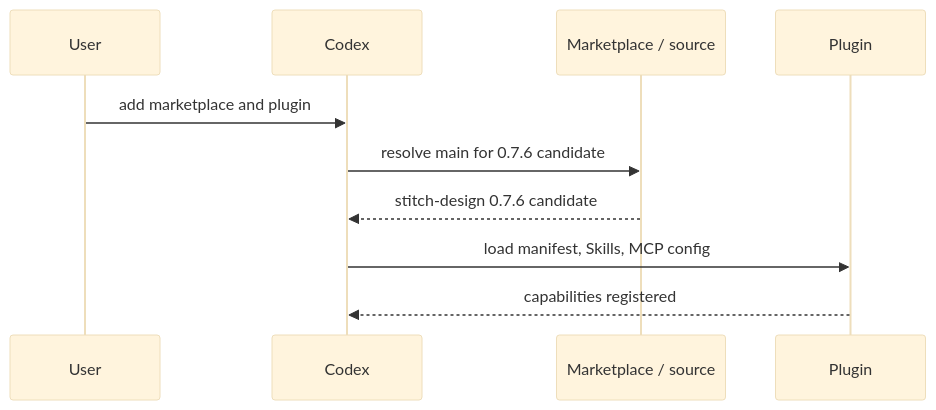
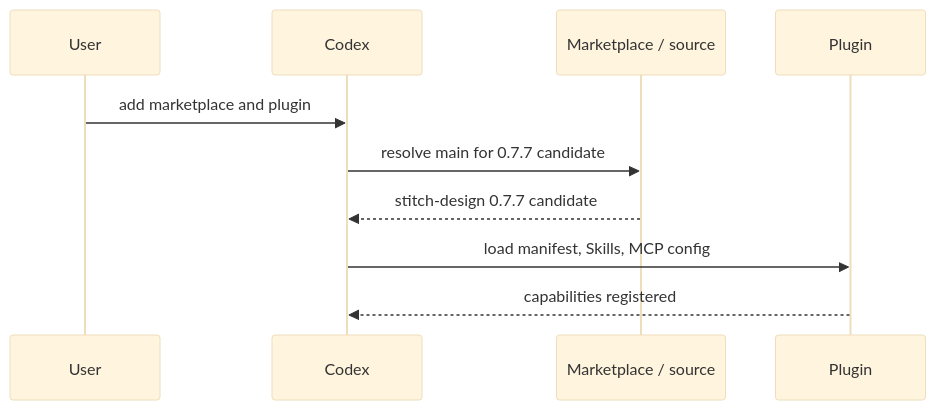
Before and after one commit to full-stack-plugins/stitch-design-plugin: the seventh of 11 diagrams in docs/Stitch-Design-Architecture.md, drawn with Mermaid (base theme). The commit also changed other lines of this file and 31 other files, not shown here.

````diff
--- a/docs/Stitch-Design-Architecture.md
+++ b/docs/Stitch-Design-Architecture.md
@@ -175,12 +175,12 @@
 ```mermaid
 sequenceDiagram
     participant U as User
     participant C as Codex
     participant M as Marketplace / source
     participant P as Plugin
     U->>C: add marketplace and plugin
-    C->>M: resolve main for 0.7.6 candidate
-    M-->>C: stitch-design 0.7.6 candidate
+    C->>M: resolve main for 0.7.7 candidate
+    M-->>C: stitch-design 0.7.7 candidate
     C->>P: load manifest, Skills, MCP config
     P-->>C: capabilities registered
 ```
````
